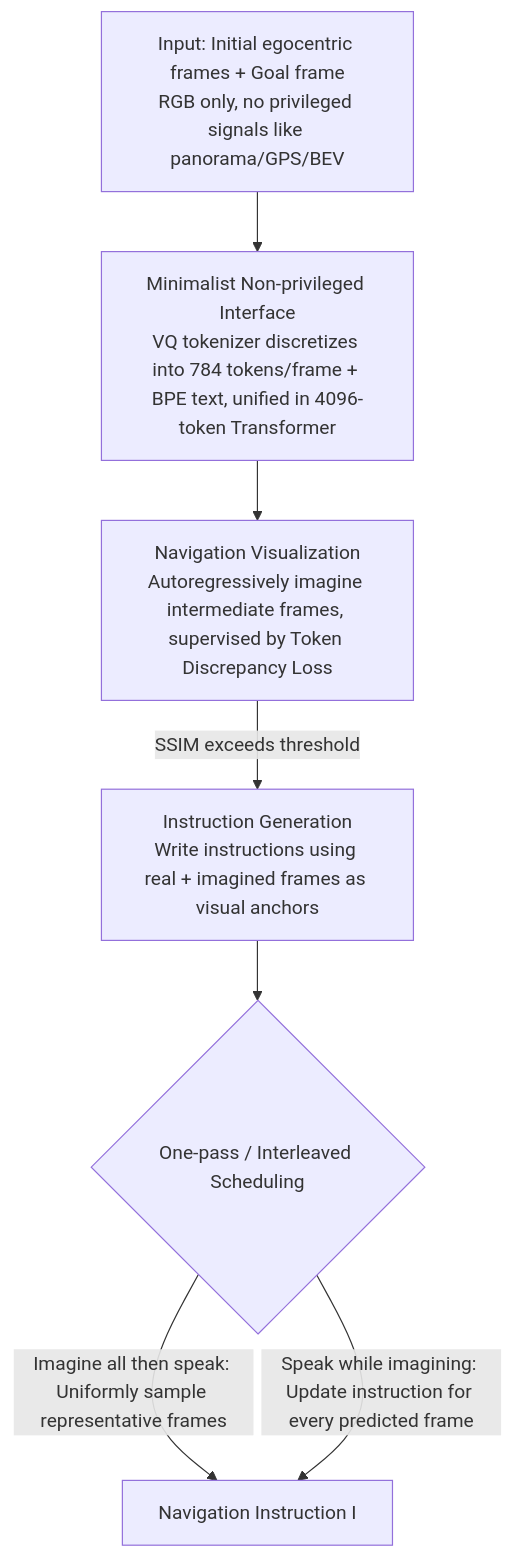
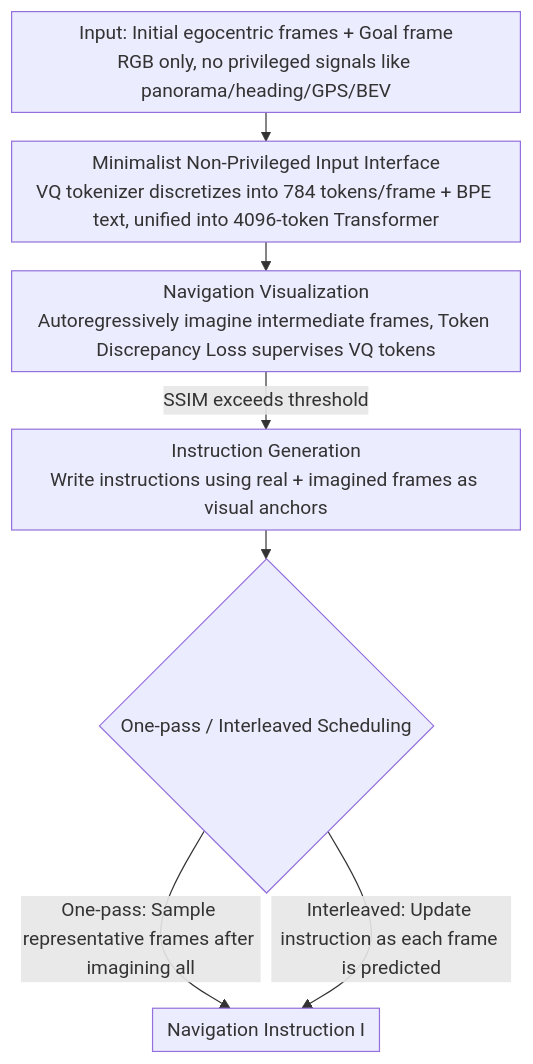
The diagram in docs/ACL2026/robotics/govig_goal-conditioned_visual_navigation_instruction_generation_via_multimodal_r.md (zhaoyang97/Paper-Notes-en), drawn with Mermaid before and after one commit. The commit also changed other lines of this file and 5084 other files, not shown here.

````diff
--- a/docs/ACL2026/robotics/govig_goal-conditioned_visual_navigation_instruction_generation_via_multimodal_r.md
+++ b/docs/ACL2026/robotics/govig_goal-conditioned_visual_navigation_instruction_generation_via_multimodal_r.md
@@ -46,9 +46,10 @@
 ```mermaid
-graph TD
-    A["Input: Initial egocentric frames + Goal frame<br/>RGB only, no privileged signals like panorama/GPS/BEV"] --> B["Minimalist Non-privileged Interface<br/>VQ tokenizer discretizes into 784 tokens/frame + BPE text, unified in 4096-token Transformer"]
-    B --> C["Navigation Visualization<br/>Autoregressively imagine intermediate frames, supervised by Token Discrepancy Loss"]
+%%{init: {'flowchart': {'rankSpacing': 24, 'nodeSpacing': 28, 'padding': 6, 'wrappingWidth': 400}}}%%
+flowchart TD
+    A["Input: Initial egocentric frames + Goal frame<br/>RGB only, no privileged signals like panorama/heading/GPS/BEV"] --> B["Minimalist Non-Privileged Input Interface<br/>VQ tokenizer discretizes into 784 tokens/frame + BPE text, unified into 4096-token Transformer"]
+    B --> C["Navigation Visualization<br/>Autoregressively imagine intermediate frames, Token Discrepancy Loss supervises VQ tokens"]
     C -->|"SSIM exceeds threshold"| D["Instruction Generation<br/>Write instructions using real + imagined frames as visual anchors"]
     D --> E{"One-pass / Interleaved Scheduling"}
-    E -->|"Imagine all then speak: Uniformly sample representative frames"| F["Navigation Instruction I"]
-    E -->|"Speak while imagining: Update instruction for every predicted frame"| F
+    E -->|"One-pass: Sample representative frames after imagining all"| F["Navigation Instruction I"]
+    E -->|"Interleaved: Update instruction as each frame is predicted"| F
 ```
````
